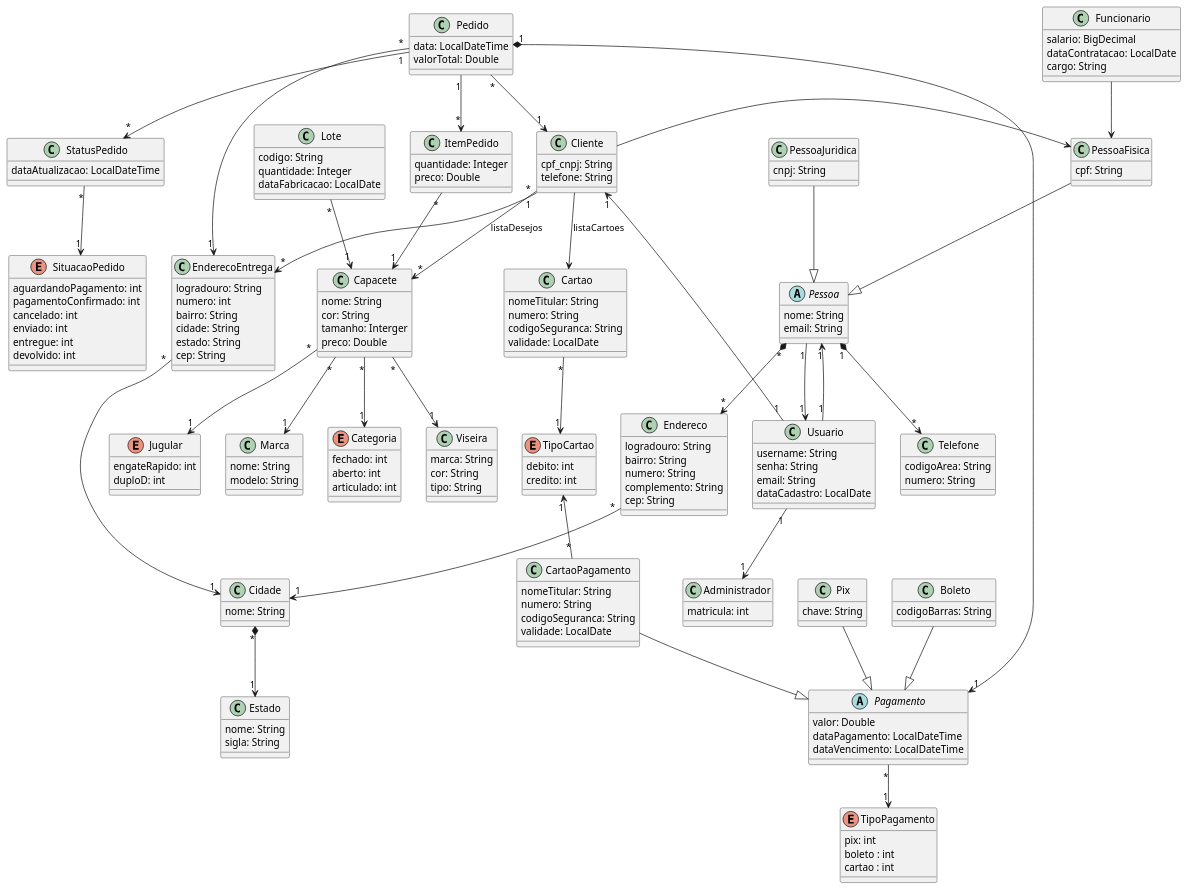
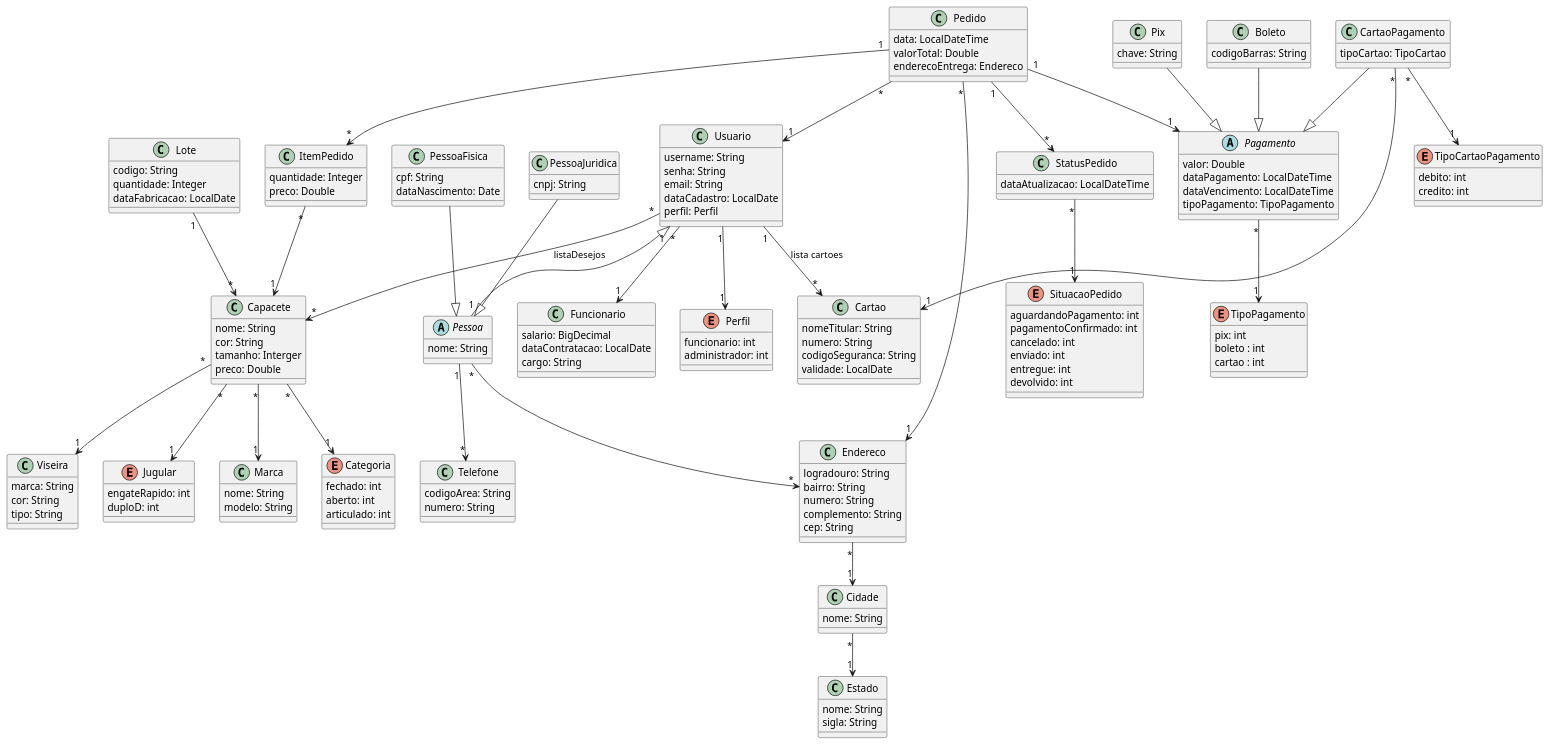
Before and after one commit to Gilsiandry/tp1_ecommerce_capacete: the diagram in src/main/java/br/unitins/tp1/diagrama_classe_t1.plantuml, drawn with PlantUML. The commit also changed 4 other files, not shown here.

Commit message:
atualizações diagrama

```diff
--- a/src/main/java/br/unitins/tp1/diagrama_classe_t1.plantuml
+++ b/src/main/java/br/unitins/tp1/diagrama_classe_t1.plantuml
@@ -33,11 +33,6 @@
     duploD: int
 }
 
-' class Certificacao {
-'     nome: String
-'     pais: String
-'     descricao: String
-' }
 
 
 class Lote{
@@ -48,11 +43,11 @@
 
 abstract class Pessoa {
     nome: String
-    email: String
 }
 
 class PessoaFisica{
     cpf: String
+    dataNascimento: Date
 }
 
 class PessoaJuridica{
@@ -64,12 +59,9 @@
     senha: String
     email: String
     dataCadastro: LocalDate
+    perfil: Perfil
 }
 
-
-class Administrador {
-    matricula: int
-}
 
 class Funcionario{
     salario: BigDecimal
@@ -77,10 +69,6 @@
     cargo: String
 }
 
-class Cliente {
-    cpf_cnpj: String
-    telefone: String
-}
 
 class Telefone {
     codigoArea: String
@@ -95,14 +83,6 @@
     cep: String
 }
 
-class EnderecoEntrega {
-    logradouro: String
-    numero: int
-    bairro: String
-    cidade: String
-    estado: String
-    cep: String
-}
 
 class Cidade {
     nome: String
@@ -116,6 +96,7 @@
 class Pedido {
     data: LocalDateTime
     valorTotal: Double
+    enderecoEntrega: Endereco
 }
 
 class ItemPedido {
@@ -141,6 +122,7 @@
     valor: Double
     dataPagamento: LocalDateTime
     dataVencimento: LocalDateTime
+    tipoPagamento: TipoPagamento
 }
 
 enum TipoPagamento{
@@ -158,7 +140,7 @@
     codigoBarras: String
 }
 
-class Cartao{
+class Cartao {
     nomeTitular: String
     numero: String
     codigoSeguranca: String
@@ -166,13 +148,15 @@
 }
 
 class CartaoPagamento {
-    nomeTitular: String
-    numero: String
-    codigoSeguranca: String
-    validade: LocalDate
+    tipoCartao: TipoCartao
 }
 
-enum TipoCartao {
+enum Perfil {
+    funcionario: int
+    administrador: int
+}
+
+enum TipoCartaoPagamento {
     debito: int
     credito: int
 }
@@ -186,44 +170,35 @@
 Capacete "*" --> "1" Viseira
 
 ItemPedido "*" --> "1" Capacete
-Lote "*" --> "1" Capacete
+Lote "1" --> "*" Capacete
 
-Pedido "*" --> "1" Cliente
+Pedido "*" --> "1" Usuario
 Pedido "1" --> "*" ItemPedido
-Pedido "*" --> "1" EnderecoEntrega
 Pedido "1" --> "*" StatusPedido
-Pedido "1" *--> "1" Pagamento
+Pedido "1" --> "1" Pagamento
 StatusPedido "*" --> "1" SituacaoPedido
 
-
+CartaoPagamento "*" --> "1" Cartao
 
 Pagamento "*" --> "1" TipoPagamento
-CartaoPagamento "*" -up-> "1" TipoCartao
-Cartao "*" --> "1" TipoCartao
+CartaoPagamento "*" --> "1" TipoCartaoPagamento
 Pix --|> Pagamento
 Boleto --|> Pagamento
 CartaoPagamento --|> Pagamento
-Cliente --> Cartao :listaCartoes
+Usuario "1"--> "*" Cartao :lista cartoes
 
+Usuario "1" <|-- "1" Pessoa
 
-Usuario "1" --> "1" Pessoa
-Usuario "1" --> "1" Cliente
-Usuario "1" --> "1" Administrador
-
-Pessoa "1" --> "1" Usuario
-Pessoa "1" *--> "*" Telefone
-Pessoa "*" *--> "*" Endereco
+Pessoa "1" --> "*" Telefone
+Pessoa "*" --> "*" Endereco
 PessoaFisica --|> Pessoa
 PessoaJuridica --|> Pessoa
-Cliente -right-> PessoaFisica
-Funcionario --> PessoaFisica
-Cliente "1" --> "*" EnderecoEntrega
-Cliente "*" --> "*" Capacete : listaDesejos
 
-Cidade "*" *--> "1" Estado
+Usuario "*" --> "1" Funcionario
+Usuario "*" --> "*" Capacete : listaDesejos
+Usuario "1" --> "1" Perfil
+Cidade "*" --> "1" Estado
 Endereco "*" --> "1" Cidade
-EnderecoEntrega "*" --> "1" Cidade
-
-
+Pedido "*" --> "1" Endereco
 
 @enduml
```
